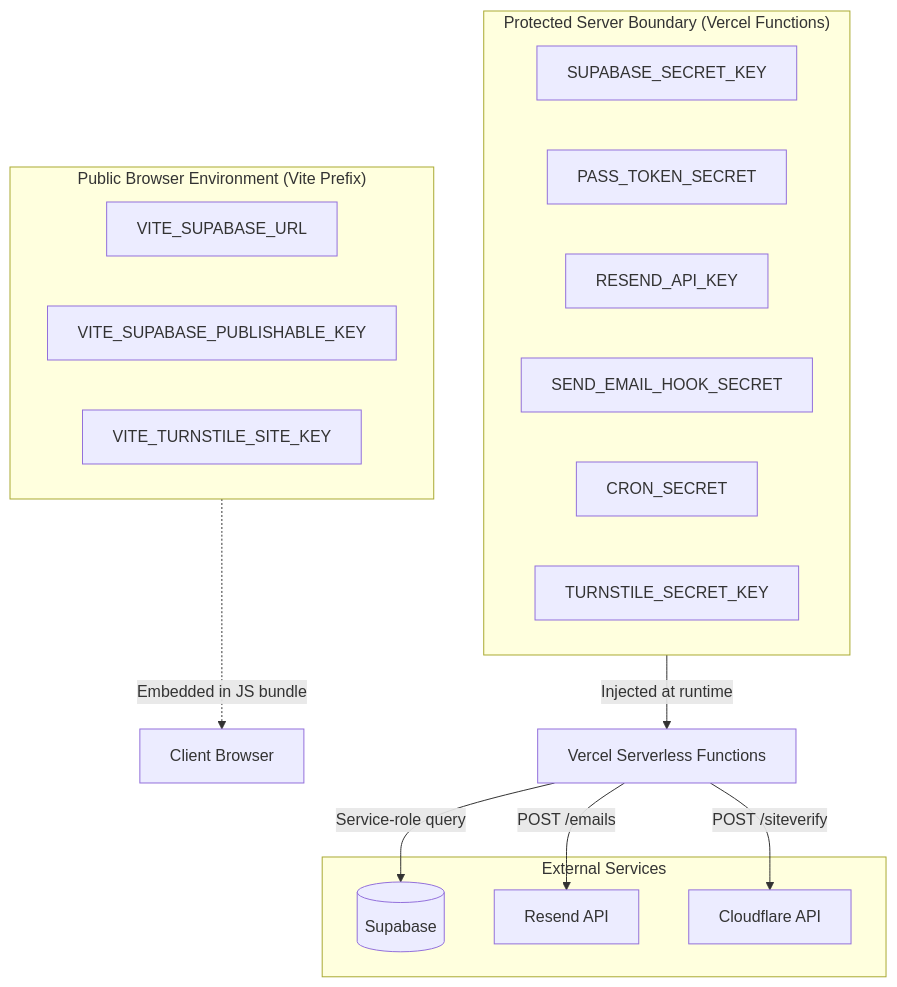
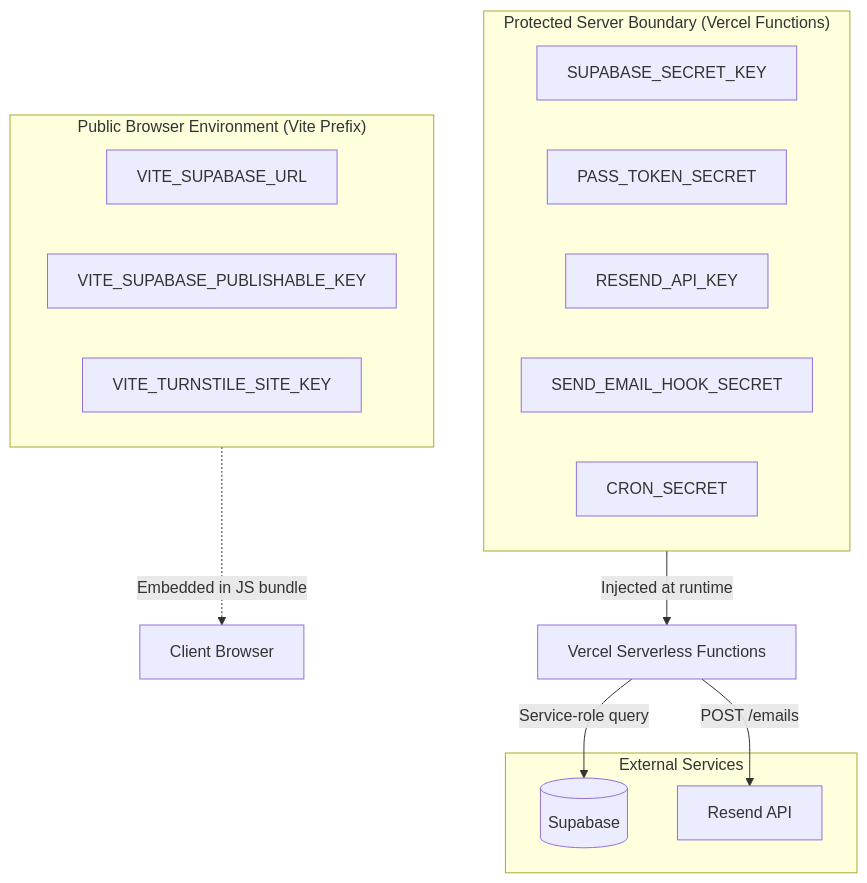
Before and after one commit to jsphhbna/egatepass: the diagram in docs/ENVIRONMENT.md, drawn with Mermaid. The commit also changed other lines of this file and 13 other files, not shown here.

Commit message:
docs(truthfulness): repair markdown formatting, mermaid blocks, and architectural truthfulness across all active documentation

````diff
--- a/docs/ENVIRONMENT.md
+++ b/docs/ENVIRONMENT.md
@@ -29,30 +30,27 @@
 ```mermaid
 flowchart TD
     subgraph BrowserSafe["Public Browser Environment (Vite Prefix)"]
         V1[VITE_SUPABASE_URL]
         V2[VITE_SUPABASE_PUBLISHABLE_KEY]
         V3[VITE_TURNSTILE_SITE_KEY]
     end
 
     subgraph ServerProtected["Protected Server Boundary (Vercel Functions)"]
         S1[SUPABASE_SECRET_KEY]
         S2[PASS_TOKEN_SECRET]
         S3[RESEND_API_KEY]
         S4[SEND_EMAIL_HOOK_SECRET]
         S5[CRON_SECRET]
-        S6[TURNSTILE_SECRET_KEY]
     end
 
     subgraph ThirdParty["External Services"]
         Supabase[(Supabase)]
         Resend[Resend API]
-        Turnstile[Cloudflare API]
     end
 
     BrowserSafe -.->|Embedded in JS bundle| Client[Client Browser]
     ServerProtected -->|Injected at runtime| Vercel[Vercel Serverless Functions]
 
     Vercel -->|Service-role query| Supabase
     Vercel -->|POST /emails| Resend
-    Vercel -->|POST /siteverify| Turnstile
 ```
````
